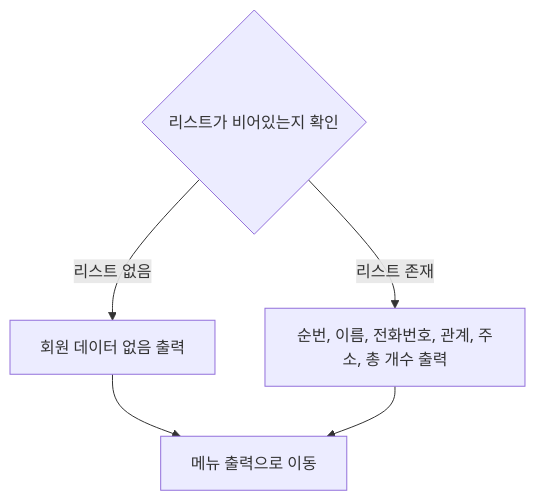
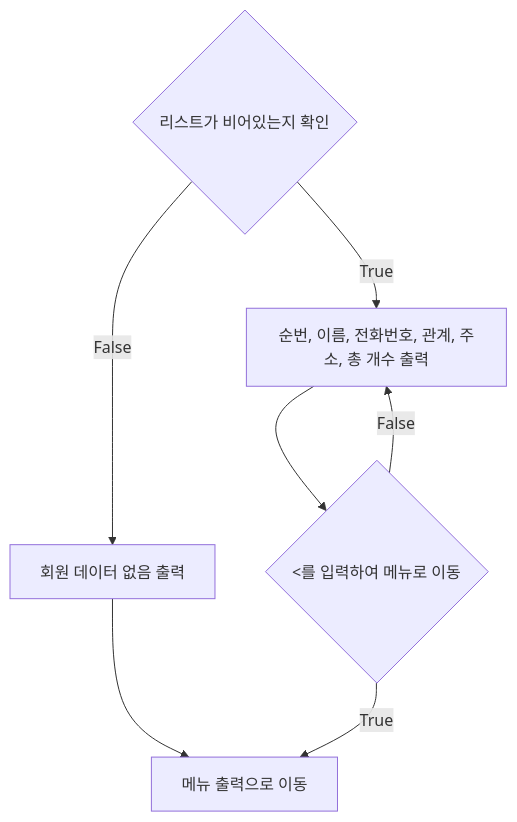
Before and after one commit to Happy-o3ov/big20-python-project1-team3: the diagram in docs/flowchart_IMH/list.md, drawn with Mermaid. The commit also changed 4 other files, not shown here.

````diff
--- a/docs/flowchart_IMH/list.md
+++ b/docs/flowchart_IMH/list.md
@@ -2,13 +2,16 @@
 ```mermaid
 flowchart TD
     check_list{"리스트가 비어있는지 확인"}
     empty_msg[회원 데이터 없음 출력]
+    data_list[순번, 이름, 전화번호, 관계, 주소, 총 개수 출력]
+    check_return_menu_list{<를 입력하여 메뉴로 이동}
     return_menu[메뉴 출력으로 이동]
-    data_list[순번, 이름, 전화번호, 관계, 주소, 총 개수 출력]
 
-    check_list -->|리스트 없음| empty_msg
-    empty_msg --> return_menu
 
-    check_list -->|리스트 존재| data_list --> return_menu
+    check_list -->|False| empty_msg --> return_menu
+    check_list -->|True| data_list --> check_return_menu_list
+    check_return_menu_list-->|True| return_menu
+    check_return_menu_list-->|False| data_list
+
 
 ```
````
